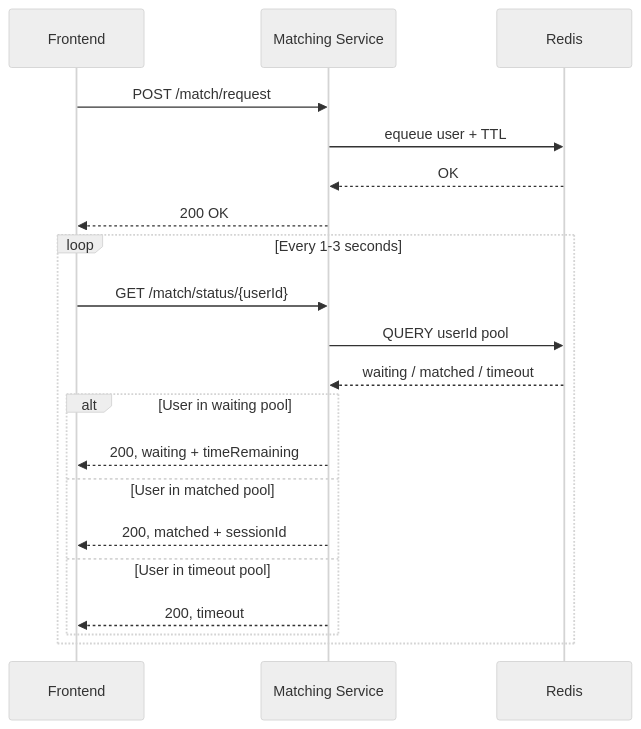
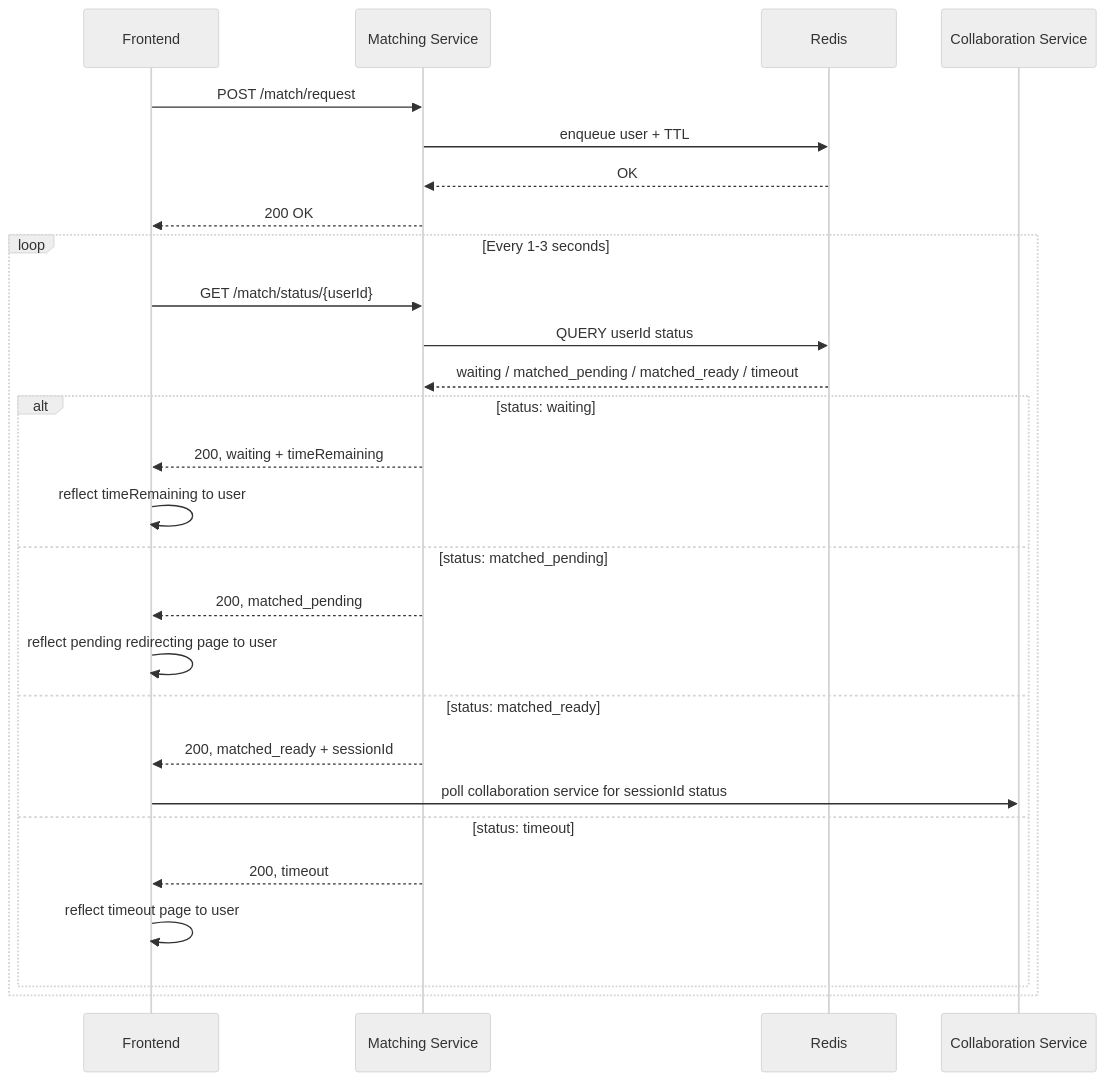
One commit to CS3219-AY2526Sem1/cs3219-ay2526s1-project-g04 changed the first of 2 diagrams in backend/services/matching_service/README.md. Above: the diagram before and after it, drawn with Mermaid (neutral theme). The commit also changed other lines of this file, not shown here.

Commit message:
docs: update matching service documentation

````diff
--- a/backend/services/matching_service/README.md
+++ b/backend/services/matching_service/README.md
@@ -5,27 +5,35 @@
 ```mermaid
 sequenceDiagram
     participant Frontend
     participant MS as Matching Service
     participant Redis
+    participant CS as Collaboration Service
 
     Frontend->>MS: POST /match/request
-    MS->>Redis: equeue user + TTL
+    MS->>Redis: enqueue user + TTL
     Redis-->>MS: OK
     MS-->>Frontend: 200 OK
 
     loop Every 1-3 seconds
         Frontend->>MS: GET /match/status/{userId}
-        MS->>Redis: QUERY userId pool
-        Redis-->>MS: waiting / matched / timeout
+        MS->>Redis: QUERY userId status
+        Redis-->>MS: waiting / matched_pending / matched_ready / timeout
 
-        alt User in waiting pool
+        alt status: waiting
             MS-->>Frontend: 200, waiting + timeRemaining
+            Frontend->>Frontend: reflect timeRemaining to user
 
-        else User in matched pool
-            MS-->>Frontend: 200, matched + sessionId
+        else status: matched_pending
+            MS-->>Frontend: 200, matched_pending
+            Frontend->>Frontend: reflect pending redirecting page to user
 
-        else User in timeout pool
+        else status: matched_ready
+            MS-->>Frontend: 200, matched_ready + sessionId
+            Frontend->>CS: poll collaboration service for sessionId status
+
+        else status: timeout
             MS-->>Frontend: 200, timeout
+            Frontend->>Frontend: reflect timeout page to user
         end
     end
 ```
````
